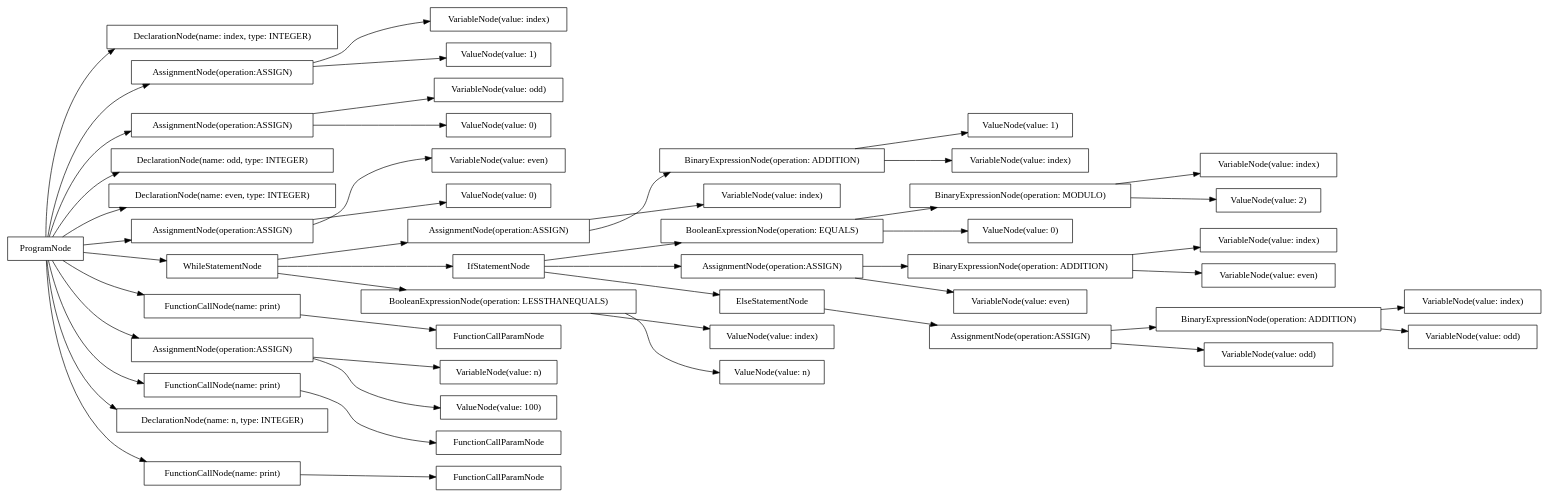
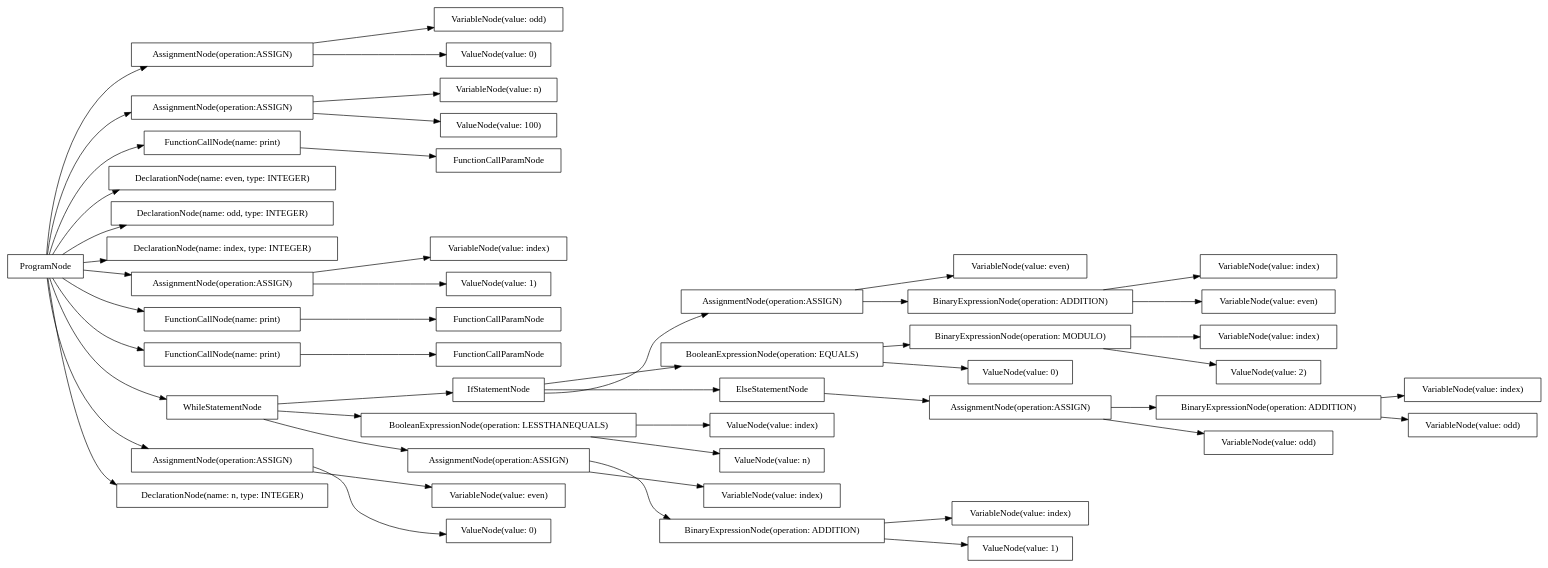
The diagram in src/output/dot/odd_even.dot (AtLeastITry/ANTLR-Python-Compiler), drawn with Graphviz before and after one commit. The commit also changed 11 other files, not shown here.

```diff
--- a/src/output/dot/odd_even.dot
+++ b/src/output/dot/odd_even.dot
@@ -1,100 +1,100 @@
 digraph G {
 rankdir=LR
-"55d8d7f0-689d-45c1-8a50-0bf02649791d" [label="VariableNode(value: index)" shape="box"];
-"c4df54fe-5fb0-4491-8d4d-fba30b59f4b5" [label="DeclarationNode(name: index, type: INTEGER)" shape="box"];
-"d781c9d6-5d65-4dcb-8007-b1d4f60599ad" [label="BinaryExpressionNode(operation: ADDITION)" shape="box"];
-"cdf9bb9c-1168-417a-ab4f-0ad848f63015" [label="AssignmentNode(operation:ASSIGN)" shape="box"];
-"dc29b21a-4b2b-45f9-a0f1-332d0c68dbd1" [label="AssignmentNode(operation:ASSIGN)" shape="box"];
-"6f10defe-9632-4e86-8052-df709473e18c" [label="ValueNode(value: index)" shape="box"];
-"10cb49cd-e44e-4560-b6d0-9be77a75a362" [label="VariableNode(value: odd)" shape="box"];
-"b80f2749-b8cd-4c5c-9132-3fa67b4da702" [label="AssignmentNode(operation:ASSIGN)" shape="box"];
-"0fd61ff4-d707-4a04-843a-b8af18b27d0b" [label="IfStatementNode" shape="box"];
-"a882a104-24bd-45ed-9aa4-9cd2b72a7985" [label="VariableNode(value: n)" shape="box"];
-"7ffbf9c4-5ff1-48a6-93f6-ae997c6bc87e" [label="BinaryExpressionNode(operation: MODULO)" shape="box"];
-"3949b6bb-79ef-4de4-9f34-8d9efd0dbc4d" [label="AssignmentNode(operation:ASSIGN)" shape="box"];
-"7de5dca0-0d78-489d-ba16-fa344ee28f7a" [label="DeclarationNode(name: odd, type: INTEGER)" shape="box"];
-"ab8ff14b-f6dd-4a50-8ca5-0d25e04fe298" [label="DeclarationNode(name: even, type: INTEGER)" shape="box"];
-"285b1c18-2f2f-4dc9-8851-8dba3ceebe00" [label="VariableNode(value: index)" shape="box"];
-"872b62f8-3271-4be8-8c1b-49ccf3d60ae9" [label="BinaryExpressionNode(operation: ADDITION)" shape="box"];
-"dba589a1-2494-4e02-a60b-aa8033d79f6b" [label="ValueNode(value: 1)" shape="box"];
-"4204241c-96a8-469c-a18b-fcc5f9944ed0" [label="BooleanExpressionNode(operation: EQUALS)" shape="box"];
-"ff2c842d-2e19-4049-8a66-cc365a6ec9c8" [label="ValueNode(value: 0)" shape="box"];
-"2e0c951d-b1c1-4218-8f2d-98d07fcac8d4" [label="FunctionCallParamNode" shape="box"];
-"0701edbc-a10d-4abe-9cb3-6a3b2dfbce53" [label="AssignmentNode(operation:ASSIGN)" shape="box"];
-"14df3d6b-6021-4c15-8984-f2238c225c2b" [label="FunctionCallParamNode" shape="box"];
-"ab5475c9-49c8-4fa4-ad92-cc03306cd0bc" [label="VariableNode(value: index)" shape="box"];
-"9d2743a7-08f6-4906-8ebc-0569ec26bd31" [label="AssignmentNode(operation:ASSIGN)" shape="box"];
-"9f781ebb-b312-440a-beef-1f12773cd72e" [label="ValueNode(value: 1)" shape="box"];
-"4ae6a8c0-fbdf-4ca0-a1b7-b72a51f83909" [label="ElseStatementNode" shape="box"];
-"8cc6cbd1-2f1b-4a16-b9b0-cf98c0f763fd" [label="WhileStatementNode" shape="box"];
-"aa9c60bb-6f69-4de9-81c1-585bfe549651" [label="BooleanExpressionNode(operation: LESSTHANEQUALS)" shape="box"];
-"d47b0040-dd5b-480d-92bf-6d9c03ac02de" [label="ValueNode(value: 100)" shape="box"];
-"c47f9829-b714-4d1e-8371-b8843f89db68" [label="ProgramNode" shape="box"];
-"5c7134ae-257c-44ca-89fe-8851c2d3b15c" [label="VariableNode(value: index)" shape="box"];
-"0ffa1ceb-cfbc-4ff6-b15e-db1e31541605" [label="BinaryExpressionNode(operation: ADDITION)" shape="box"];
-"c758540a-258a-450b-b12c-891b0d5bbdf4" [label="VariableNode(value: even)" shape="box"];
-"0683bb98-c8e0-4716-acfe-5e187d83ccd9" [label="ValueNode(value: 0)" shape="box"];
-"1cefea60-b6e9-43f3-a657-0f996d013d00" [label="VariableNode(value: index)" shape="box"];
-"0cf8eb5e-3354-43c0-9234-0b1bb3a2bfe5" [label="FunctionCallNode(name: print)" shape="box"];
-"2b051110-f51d-4379-92cf-53380afa87a7" [label="VariableNode(value: even)" shape="box"];
-"87d293dd-a89d-4fd7-b0c3-f9607acab3f0" [label="VariableNode(value: index)" shape="box"];
-"4f1f427d-b3ad-4926-9483-a667e5c1ee12" [label="VariableNode(value: even)" shape="box"];
-"24c783a4-2bf9-4a77-b351-d0ea8faa941e" [label="AssignmentNode(operation:ASSIGN)" shape="box"];
-"8e0d7d25-5eb8-4cc5-a38c-327212be1cf7" [label="FunctionCallNode(name: print)" shape="box"];
-"b1e18e18-9189-4002-8618-6ab1d7fe4f46" [label="ValueNode(value: 0)" shape="box"];
-"2b23eba9-8137-4c8c-9be7-90b3de9f229e" [label="DeclarationNode(name: n, type: INTEGER)" shape="box"];
-"5e1c057d-4d64-4693-821b-36538f7137ca" [label="VariableNode(value: odd)" shape="box"];
-"cf2098df-eef3-4adf-a518-eb2a2a74affc" [label="FunctionCallParamNode" shape="box"];
-"c03a3e41-8daa-40d3-8a29-105eddd96ede" [label="ValueNode(value: 2)" shape="box"];
-"04f4eca6-9e9f-4d2d-ab4e-b1fc2f76d156" [label="VariableNode(value: odd)" shape="box"];
-"ced5cfde-63dc-4abf-aa5f-0d8034452281" [label="FunctionCallNode(name: print)" shape="box"];
-"b0e69de7-7787-43ce-96f7-ac840cda4699" [label="ValueNode(value: n)" shape="box"];
-"c47f9829-b714-4d1e-8371-b8843f89db68" -> "2b23eba9-8137-4c8c-9be7-90b3de9f229e";
-"c47f9829-b714-4d1e-8371-b8843f89db68" -> "7de5dca0-0d78-489d-ba16-fa344ee28f7a";
-"c47f9829-b714-4d1e-8371-b8843f89db68" -> "ab8ff14b-f6dd-4a50-8ca5-0d25e04fe298";
-"c47f9829-b714-4d1e-8371-b8843f89db68" -> "c4df54fe-5fb0-4491-8d4d-fba30b59f4b5";
-"c47f9829-b714-4d1e-8371-b8843f89db68" -> "24c783a4-2bf9-4a77-b351-d0ea8faa941e";
-"24c783a4-2bf9-4a77-b351-d0ea8faa941e" -> "a882a104-24bd-45ed-9aa4-9cd2b72a7985";
-"24c783a4-2bf9-4a77-b351-d0ea8faa941e" -> "d47b0040-dd5b-480d-92bf-6d9c03ac02de";
-"c47f9829-b714-4d1e-8371-b8843f89db68" -> "3949b6bb-79ef-4de4-9f34-8d9efd0dbc4d";
-"3949b6bb-79ef-4de4-9f34-8d9efd0dbc4d" -> "10cb49cd-e44e-4560-b6d0-9be77a75a362";
-"3949b6bb-79ef-4de4-9f34-8d9efd0dbc4d" -> "ff2c842d-2e19-4049-8a66-cc365a6ec9c8";
-"c47f9829-b714-4d1e-8371-b8843f89db68" -> "9d2743a7-08f6-4906-8ebc-0569ec26bd31";
-"9d2743a7-08f6-4906-8ebc-0569ec26bd31" -> "2b051110-f51d-4379-92cf-53380afa87a7";
-"9d2743a7-08f6-4906-8ebc-0569ec26bd31" -> "b1e18e18-9189-4002-8618-6ab1d7fe4f46";
-"c47f9829-b714-4d1e-8371-b8843f89db68" -> "b80f2749-b8cd-4c5c-9132-3fa67b4da702";
-"b80f2749-b8cd-4c5c-9132-3fa67b4da702" -> "55d8d7f0-689d-45c1-8a50-0bf02649791d";
-"b80f2749-b8cd-4c5c-9132-3fa67b4da702" -> "dba589a1-2494-4e02-a60b-aa8033d79f6b";
-"c47f9829-b714-4d1e-8371-b8843f89db68" -> "8cc6cbd1-2f1b-4a16-b9b0-cf98c0f763fd";
-"8cc6cbd1-2f1b-4a16-b9b0-cf98c0f763fd" -> "aa9c60bb-6f69-4de9-81c1-585bfe549651";
-"aa9c60bb-6f69-4de9-81c1-585bfe549651" -> "6f10defe-9632-4e86-8052-df709473e18c";
-"aa9c60bb-6f69-4de9-81c1-585bfe549651" -> "b0e69de7-7787-43ce-96f7-ac840cda4699";
-"8cc6cbd1-2f1b-4a16-b9b0-cf98c0f763fd" -> "0fd61ff4-d707-4a04-843a-b8af18b27d0b";
-"0fd61ff4-d707-4a04-843a-b8af18b27d0b" -> "4204241c-96a8-469c-a18b-fcc5f9944ed0";
-"4204241c-96a8-469c-a18b-fcc5f9944ed0" -> "7ffbf9c4-5ff1-48a6-93f6-ae997c6bc87e";
-"7ffbf9c4-5ff1-48a6-93f6-ae997c6bc87e" -> "5c7134ae-257c-44ca-89fe-8851c2d3b15c";
-"7ffbf9c4-5ff1-48a6-93f6-ae997c6bc87e" -> "c03a3e41-8daa-40d3-8a29-105eddd96ede";
-"4204241c-96a8-469c-a18b-fcc5f9944ed0" -> "0683bb98-c8e0-4716-acfe-5e187d83ccd9";
-"0fd61ff4-d707-4a04-843a-b8af18b27d0b" -> "0701edbc-a10d-4abe-9cb3-6a3b2dfbce53";
-"0701edbc-a10d-4abe-9cb3-6a3b2dfbce53" -> "c758540a-258a-450b-b12c-891b0d5bbdf4";
-"0701edbc-a10d-4abe-9cb3-6a3b2dfbce53" -> "0ffa1ceb-cfbc-4ff6-b15e-db1e31541605";
-"0ffa1ceb-cfbc-4ff6-b15e-db1e31541605" -> "4f1f427d-b3ad-4926-9483-a667e5c1ee12";
-"0ffa1ceb-cfbc-4ff6-b15e-db1e31541605" -> "285b1c18-2f2f-4dc9-8851-8dba3ceebe00";
-"0fd61ff4-d707-4a04-843a-b8af18b27d0b" -> "4ae6a8c0-fbdf-4ca0-a1b7-b72a51f83909";
-"4ae6a8c0-fbdf-4ca0-a1b7-b72a51f83909" -> "cdf9bb9c-1168-417a-ab4f-0ad848f63015";
-"cdf9bb9c-1168-417a-ab4f-0ad848f63015" -> "04f4eca6-9e9f-4d2d-ab4e-b1fc2f76d156";
-"cdf9bb9c-1168-417a-ab4f-0ad848f63015" -> "d781c9d6-5d65-4dcb-8007-b1d4f60599ad";
-"d781c9d6-5d65-4dcb-8007-b1d4f60599ad" -> "5e1c057d-4d64-4693-821b-36538f7137ca";
-"d781c9d6-5d65-4dcb-8007-b1d4f60599ad" -> "ab5475c9-49c8-4fa4-ad92-cc03306cd0bc";
-"8cc6cbd1-2f1b-4a16-b9b0-cf98c0f763fd" -> "dc29b21a-4b2b-45f9-a0f1-332d0c68dbd1";
-"dc29b21a-4b2b-45f9-a0f1-332d0c68dbd1" -> "87d293dd-a89d-4fd7-b0c3-f9607acab3f0";
-"dc29b21a-4b2b-45f9-a0f1-332d0c68dbd1" -> "872b62f8-3271-4be8-8c1b-49ccf3d60ae9";
-"872b62f8-3271-4be8-8c1b-49ccf3d60ae9" -> "1cefea60-b6e9-43f3-a657-0f996d013d00";
-"872b62f8-3271-4be8-8c1b-49ccf3d60ae9" -> "9f781ebb-b312-440a-beef-1f12773cd72e";
-"c47f9829-b714-4d1e-8371-b8843f89db68" -> "0cf8eb5e-3354-43c0-9234-0b1bb3a2bfe5";
-"0cf8eb5e-3354-43c0-9234-0b1bb3a2bfe5" -> "cf2098df-eef3-4adf-a518-eb2a2a74affc";
-"c47f9829-b714-4d1e-8371-b8843f89db68" -> "ced5cfde-63dc-4abf-aa5f-0d8034452281";
-"ced5cfde-63dc-4abf-aa5f-0d8034452281" -> "14df3d6b-6021-4c15-8984-f2238c225c2b";
-"c47f9829-b714-4d1e-8371-b8843f89db68" -> "8e0d7d25-5eb8-4cc5-a38c-327212be1cf7";
-"8e0d7d25-5eb8-4cc5-a38c-327212be1cf7" -> "2e0c951d-b1c1-4218-8f2d-98d07fcac8d4";
+"3809013b-b61e-493b-8d62-8a23dbab45ff" [label="ValueNode(value: index)" shape="box"];
+"6781e518-d2d3-419f-a4c2-068d3c13088f" [label="BinaryExpressionNode(operation: ADDITION)" shape="box"];
+"0256ef0f-d41a-4366-9b10-d1d94346692d" [label="VariableNode(value: index)" shape="box"];
+"fae9a1ee-4cd4-4255-af18-330e2ff16569" [label="VariableNode(value: index)" shape="box"];
+"02f9b471-5ef6-4e3b-ada4-86e4ba8ac185" [label="AssignmentNode(operation:ASSIGN)" shape="box"];
+"87c7e4fe-4abf-4461-bd63-7e54dca55efe" [label="FunctionCallParamNode" shape="box"];
+"5439dd19-3e44-4da8-9215-573bfc61f30e" [label="VariableNode(value: even)" shape="box"];
+"7bd5accd-e22b-4c8e-bf56-f90ff34bc320" [label="AssignmentNode(operation:ASSIGN)" shape="box"];
+"d639a80e-4cbc-47eb-9565-3c8ecb4a4854" [label="VariableNode(value: n)" shape="box"];
+"d42efec5-084f-4982-ab72-4f3ec8c3dc3e" [label="VariableNode(value: odd)" shape="box"];
+"07bce325-fcf5-446f-afda-afbe905f5aa1" [label="IfStatementNode" shape="box"];
+"52468fc1-8027-4d6e-9e62-03e282b260dc" [label="AssignmentNode(operation:ASSIGN)" shape="box"];
+"3a7d7f69-3c8e-4176-8a4a-3048b28152cc" [label="BooleanExpressionNode(operation: EQUALS)" shape="box"];
+"a2e1cc5d-94a8-4962-891a-d42a135f9eba" [label="ElseStatementNode" shape="box"];
+"0d0e05b9-266d-403a-8d1a-c05770c76b4e" [label="VariableNode(value: index)" shape="box"];
+"ce733e91-65bf-4e02-a78b-aa477d0c1239" [label="ValueNode(value: 2)" shape="box"];
+"885a8039-c92a-44d7-87a3-9e57b24ff50d" [label="ValueNode(value: n)" shape="box"];
+"95a9ed94-b1a4-4bac-882e-0b4ae112166d" [label="ValueNode(value: 1)" shape="box"];
+"85bf4077-cf6f-42bb-877e-9ce20c26c588" [label="FunctionCallNode(name: print)" shape="box"];
+"ac5817c1-da05-457c-a48f-839d79ef4dac" [label="VariableNode(value: odd)" shape="box"];
+"a93d1f53-38a4-4a39-ac14-e12404324c42" [label="BooleanExpressionNode(operation: LESSTHANEQUALS)" shape="box"];
+"23fb9eef-0342-4af3-969f-816f9fa285c3" [label="DeclarationNode(name: even, type: INTEGER)" shape="box"];
+"636f3e75-ef83-4e53-bc32-0dce8ad4bad5" [label="ValueNode(value: 0)" shape="box"];
+"5c1d7a8a-95dc-4f13-98d7-684fefa108d6" [label="BinaryExpressionNode(operation: MODULO)" shape="box"];
+"1d103224-5580-46b9-a36c-2180cdd6860f" [label="DeclarationNode(name: odd, type: INTEGER)" shape="box"];
+"8923ff8b-311f-4f1c-9979-0f5fcc4d7e78" [label="DeclarationNode(name: index, type: INTEGER)" shape="box"];
+"c94e8104-1da4-4580-8fcf-0d77aa1ffa70" [label="VariableNode(value: index)" shape="box"];
+"a09ea6ff-928d-495a-9dbc-6ec2920c33f9" [label="AssignmentNode(operation:ASSIGN)" shape="box"];
+"a5a10867-4160-49fe-a936-17cc8ff115ed" [label="FunctionCallNode(name: print)" shape="box"];
+"c6a8c293-0a05-4aa6-bad7-0fe6a0e2360a" [label="VariableNode(value: index)" shape="box"];
+"7f09def7-4102-4d2a-bed2-cf0b76eef827" [label="BinaryExpressionNode(operation: ADDITION)" shape="box"];
+"1727135e-61bb-4e9a-a1e0-1a0858f29104" [label="FunctionCallNode(name: print)" shape="box"];
+"f5c30b27-d60a-4dd0-8a52-3cfaf8962247" [label="ValueNode(value: 1)" shape="box"];
+"c8a3aab9-42c3-492e-bf42-12d3aa39d710" [label="WhileStatementNode" shape="box"];
+"1dd0a4c6-21c6-41aa-b4a5-179d02a7da37" [label="AssignmentNode(operation:ASSIGN)" shape="box"];
+"09a7f854-989b-4a93-9d32-814a205ca48c" [label="VariableNode(value: even)" shape="box"];
+"95bac37d-3ea4-4ce7-a424-7c94b04c572d" [label="VariableNode(value: index)" shape="box"];
+"51e7272d-1971-49e7-8f52-1d53507bd344" [label="DeclarationNode(name: n, type: INTEGER)" shape="box"];
+"5a2064b0-965a-4987-a42a-f1c3fc591c9e" [label="ValueNode(value: 0)" shape="box"];
+"3bc1737d-fd6c-4907-a2e6-3f2a8d6c7013" [label="VariableNode(value: even)" shape="box"];
+"7087e7ad-cf29-406f-be73-b8e9bf1ab809" [label="AssignmentNode(operation:ASSIGN)" shape="box"];
+"95c101bf-cc89-4a58-b998-feed817445c7" [label="ProgramNode" shape="box"];
+"687a74a7-6ad3-4ba1-a66d-3c1b2ca7eb97" [label="FunctionCallParamNode" shape="box"];
+"38ed1f74-5821-4ac8-bf9e-9becb8e6948a" [label="ValueNode(value: 0)" shape="box"];
+"9a0e4a6e-b478-4368-8723-6470f99e82c8" [label="VariableNode(value: odd)" shape="box"];
+"83256038-ec40-4846-b72a-dbd8b6f4b96b" [label="ValueNode(value: 100)" shape="box"];
+"413e19a1-f1be-4610-8c2e-8ec1226fd8ca" [label="AssignmentNode(operation:ASSIGN)" shape="box"];
+"322ccabc-77e9-4eed-89e9-c4d230421193" [label="BinaryExpressionNode(operation: ADDITION)" shape="box"];
+"fe72e887-d12a-47c0-b0c2-0172547c292d" [label="FunctionCallParamNode" shape="box"];
+"95c101bf-cc89-4a58-b998-feed817445c7" -> "51e7272d-1971-49e7-8f52-1d53507bd344";
+"95c101bf-cc89-4a58-b998-feed817445c7" -> "1d103224-5580-46b9-a36c-2180cdd6860f";
+"95c101bf-cc89-4a58-b998-feed817445c7" -> "23fb9eef-0342-4af3-969f-816f9fa285c3";
+"95c101bf-cc89-4a58-b998-feed817445c7" -> "8923ff8b-311f-4f1c-9979-0f5fcc4d7e78";
+"95c101bf-cc89-4a58-b998-feed817445c7" -> "7bd5accd-e22b-4c8e-bf56-f90ff34bc320";
+"7bd5accd-e22b-4c8e-bf56-f90ff34bc320" -> "d639a80e-4cbc-47eb-9565-3c8ecb4a4854";
+"7bd5accd-e22b-4c8e-bf56-f90ff34bc320" -> "83256038-ec40-4846-b72a-dbd8b6f4b96b";
+"95c101bf-cc89-4a58-b998-feed817445c7" -> "02f9b471-5ef6-4e3b-ada4-86e4ba8ac185";
+"02f9b471-5ef6-4e3b-ada4-86e4ba8ac185" -> "ac5817c1-da05-457c-a48f-839d79ef4dac";
+"02f9b471-5ef6-4e3b-ada4-86e4ba8ac185" -> "636f3e75-ef83-4e53-bc32-0dce8ad4bad5";
+"95c101bf-cc89-4a58-b998-feed817445c7" -> "1dd0a4c6-21c6-41aa-b4a5-179d02a7da37";
+"1dd0a4c6-21c6-41aa-b4a5-179d02a7da37" -> "5439dd19-3e44-4da8-9215-573bfc61f30e";
+"1dd0a4c6-21c6-41aa-b4a5-179d02a7da37" -> "5a2064b0-965a-4987-a42a-f1c3fc591c9e";
+"95c101bf-cc89-4a58-b998-feed817445c7" -> "a09ea6ff-928d-495a-9dbc-6ec2920c33f9";
+"a09ea6ff-928d-495a-9dbc-6ec2920c33f9" -> "fae9a1ee-4cd4-4255-af18-330e2ff16569";
+"a09ea6ff-928d-495a-9dbc-6ec2920c33f9" -> "95a9ed94-b1a4-4bac-882e-0b4ae112166d";
+"95c101bf-cc89-4a58-b998-feed817445c7" -> "c8a3aab9-42c3-492e-bf42-12d3aa39d710";
+"c8a3aab9-42c3-492e-bf42-12d3aa39d710" -> "a93d1f53-38a4-4a39-ac14-e12404324c42";
+"a93d1f53-38a4-4a39-ac14-e12404324c42" -> "3809013b-b61e-493b-8d62-8a23dbab45ff";
+"a93d1f53-38a4-4a39-ac14-e12404324c42" -> "885a8039-c92a-44d7-87a3-9e57b24ff50d";
+"c8a3aab9-42c3-492e-bf42-12d3aa39d710" -> "07bce325-fcf5-446f-afda-afbe905f5aa1";
+"07bce325-fcf5-446f-afda-afbe905f5aa1" -> "3a7d7f69-3c8e-4176-8a4a-3048b28152cc";
+"3a7d7f69-3c8e-4176-8a4a-3048b28152cc" -> "5c1d7a8a-95dc-4f13-98d7-684fefa108d6";
+"5c1d7a8a-95dc-4f13-98d7-684fefa108d6" -> "0d0e05b9-266d-403a-8d1a-c05770c76b4e";
+"5c1d7a8a-95dc-4f13-98d7-684fefa108d6" -> "ce733e91-65bf-4e02-a78b-aa477d0c1239";
+"3a7d7f69-3c8e-4176-8a4a-3048b28152cc" -> "38ed1f74-5821-4ac8-bf9e-9becb8e6948a";
+"07bce325-fcf5-446f-afda-afbe905f5aa1" -> "52468fc1-8027-4d6e-9e62-03e282b260dc";
+"52468fc1-8027-4d6e-9e62-03e282b260dc" -> "3bc1737d-fd6c-4907-a2e6-3f2a8d6c7013";
+"52468fc1-8027-4d6e-9e62-03e282b260dc" -> "322ccabc-77e9-4eed-89e9-c4d230421193";
+"322ccabc-77e9-4eed-89e9-c4d230421193" -> "09a7f854-989b-4a93-9d32-814a205ca48c";
+"322ccabc-77e9-4eed-89e9-c4d230421193" -> "c94e8104-1da4-4580-8fcf-0d77aa1ffa70";
+"07bce325-fcf5-446f-afda-afbe905f5aa1" -> "a2e1cc5d-94a8-4962-891a-d42a135f9eba";
+"a2e1cc5d-94a8-4962-891a-d42a135f9eba" -> "413e19a1-f1be-4610-8c2e-8ec1226fd8ca";
+"413e19a1-f1be-4610-8c2e-8ec1226fd8ca" -> "d42efec5-084f-4982-ab72-4f3ec8c3dc3e";
+"413e19a1-f1be-4610-8c2e-8ec1226fd8ca" -> "6781e518-d2d3-419f-a4c2-068d3c13088f";
+"6781e518-d2d3-419f-a4c2-068d3c13088f" -> "9a0e4a6e-b478-4368-8723-6470f99e82c8";
+"6781e518-d2d3-419f-a4c2-068d3c13088f" -> "95bac37d-3ea4-4ce7-a424-7c94b04c572d";
+"c8a3aab9-42c3-492e-bf42-12d3aa39d710" -> "7087e7ad-cf29-406f-be73-b8e9bf1ab809";
+"7087e7ad-cf29-406f-be73-b8e9bf1ab809" -> "0256ef0f-d41a-4366-9b10-d1d94346692d";
+"7087e7ad-cf29-406f-be73-b8e9bf1ab809" -> "7f09def7-4102-4d2a-bed2-cf0b76eef827";
+"7f09def7-4102-4d2a-bed2-cf0b76eef827" -> "c6a8c293-0a05-4aa6-bad7-0fe6a0e2360a";
+"7f09def7-4102-4d2a-bed2-cf0b76eef827" -> "f5c30b27-d60a-4dd0-8a52-3cfaf8962247";
+"95c101bf-cc89-4a58-b998-feed817445c7" -> "1727135e-61bb-4e9a-a1e0-1a0858f29104";
+"1727135e-61bb-4e9a-a1e0-1a0858f29104" -> "687a74a7-6ad3-4ba1-a66d-3c1b2ca7eb97";
+"95c101bf-cc89-4a58-b998-feed817445c7" -> "85bf4077-cf6f-42bb-877e-9ce20c26c588";
+"85bf4077-cf6f-42bb-877e-9ce20c26c588" -> "fe72e887-d12a-47c0-b0c2-0172547c292d";
+"95c101bf-cc89-4a58-b998-feed817445c7" -> "a5a10867-4160-49fe-a936-17cc8ff115ed";
+"a5a10867-4160-49fe-a936-17cc8ff115ed" -> "87c7e4fe-4abf-4461-bd63-7e54dca55efe";
 }
```
